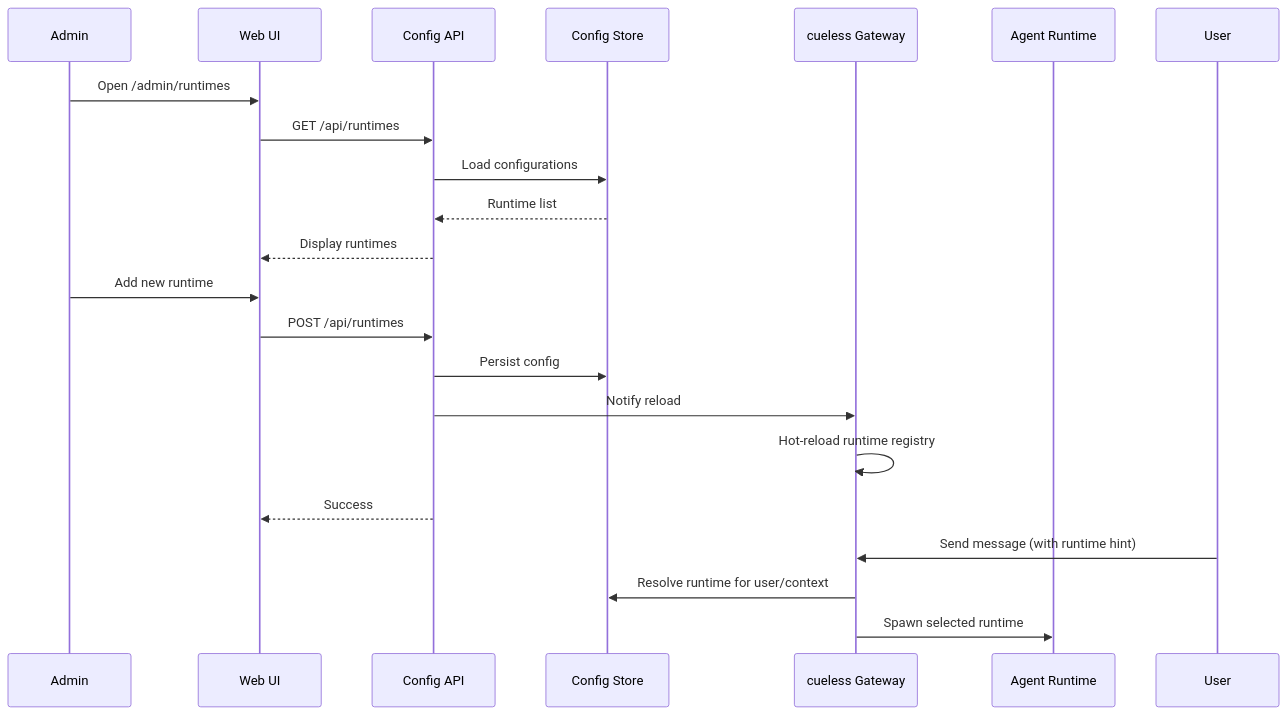
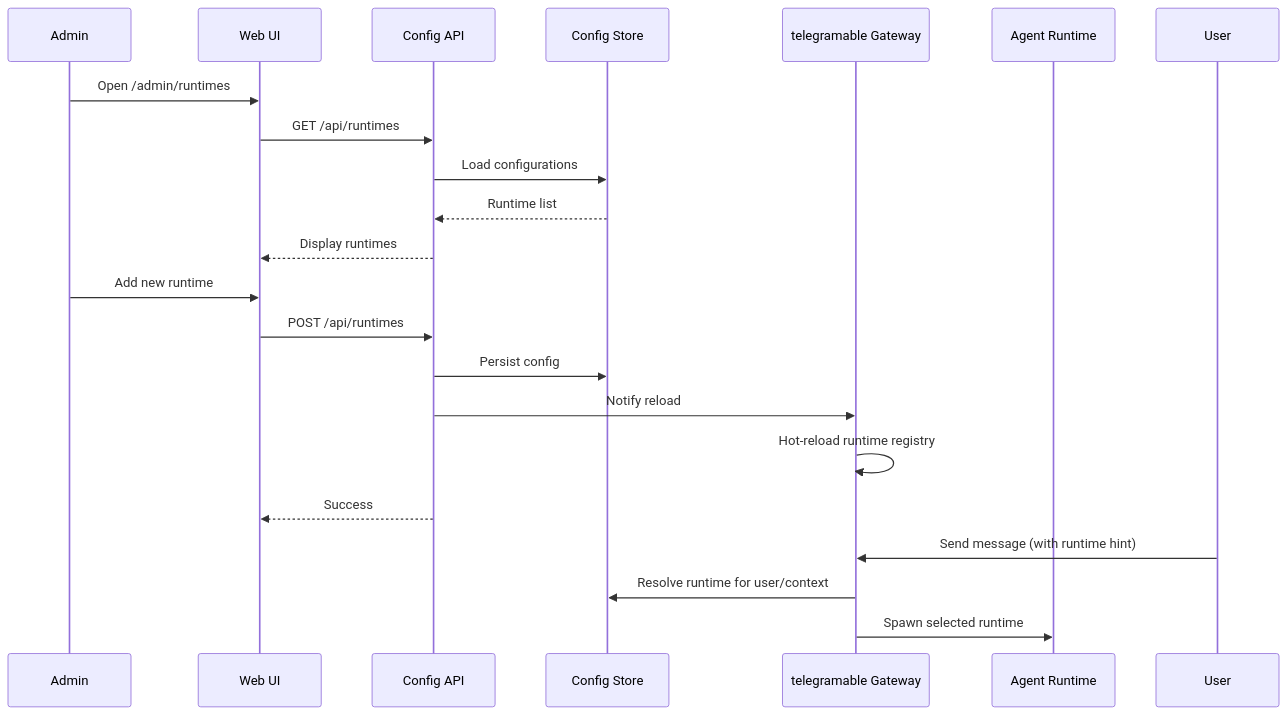
The diagram in specs/002-runtime-config-webui/README.md (codervisor/cueless), drawn with Mermaid before and after one commit. The commit also changed other lines of this file and 25 other files, not shown here.

First line of the commit message:
Rename project from Cueless to Telegramable

````diff
--- a/specs/002-runtime-config-webui/README.md
+++ b/specs/002-runtime-config-webui/README.md
@@ -45,26 +45,26 @@
 ```mermaid
 sequenceDiagram
     participant Admin
     participant WebUI as Web UI
     participant API as Config API
     participant Store as Config Store
-    participant Gateway as cueless Gateway
+    participant Gateway as telegramable Gateway
     participant Runtime as Agent Runtime
 
     Admin->>WebUI: Open /admin/runtimes
     WebUI->>API: GET /api/runtimes
     API->>Store: Load configurations
     Store-->>API: Runtime list
     API-->>WebUI: Display runtimes
     
     Admin->>WebUI: Add new runtime
     WebUI->>API: POST /api/runtimes
     API->>Store: Persist config
     API->>Gateway: Notify reload
     Gateway->>Gateway: Hot-reload runtime registry
     API-->>WebUI: Success
     
     User->>Gateway: Send message (with runtime hint)
     Gateway->>Store: Resolve runtime for user/context
     Gateway->>Runtime: Spawn selected runtime
 ```
````
